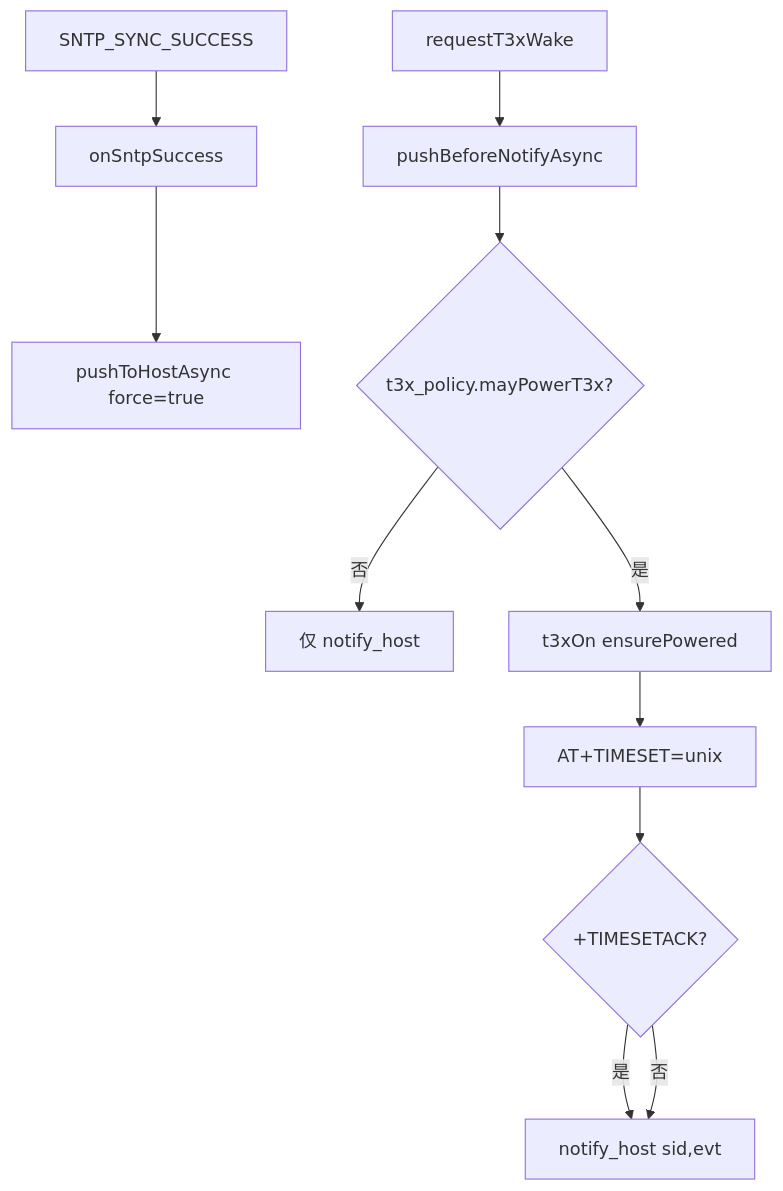
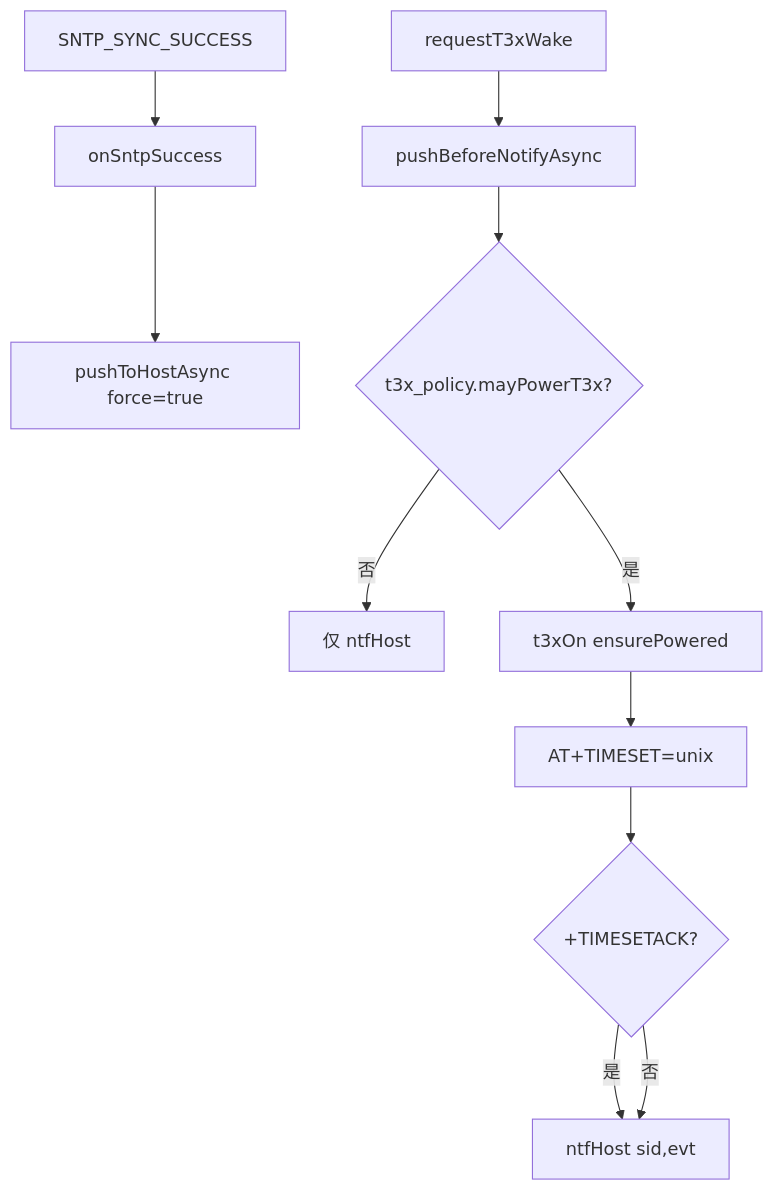
Before and after one commit to dzr1986/AIR780EHM: the diagram in doc/modules/TIME_SYNC_FLOW.md, drawn with Mermaid. The commit also changed other lines of this file and 84 other files, not shown here.

````diff
--- a/doc/modules/TIME_SYNC_FLOW.md
+++ b/doc/modules/TIME_SYNC_FLOW.md
@@ -24,13 +24,13 @@
 ```mermaid
 flowchart TD
     SNTP[SNTP_SYNC_SUCCESS] --> A[onSntpSuccess]
     A --> P[pushToHostAsync force=true]
     W[requestT3xWake] --> B[pushBeforeNotifyAsync]
     B --> POL{t3x_policy.mayPowerT3x?}
-    POL -->|否| N[仅 notify_host]
+    POL -->|否| N[仅 ntfHost]
     POL -->|是| T[t3xOn ensurePowered]
     T --> TS[AT+TIMESET=unix]
     TS --> ACK{+TIMESETACK?}
-    ACK -->|是| NH[notify_host sid,evt]
+    ACK -->|是| NH[ntfHost sid,evt]
     ACK -->|否| NH
 ```
````
